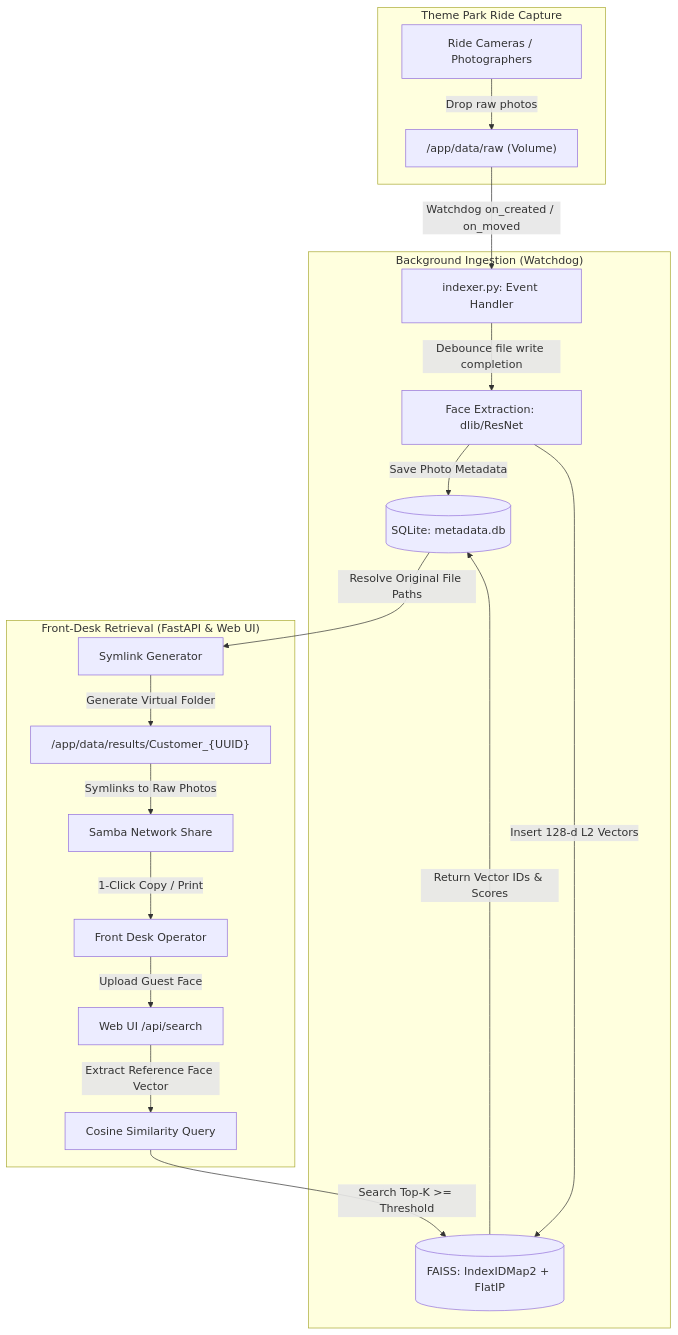
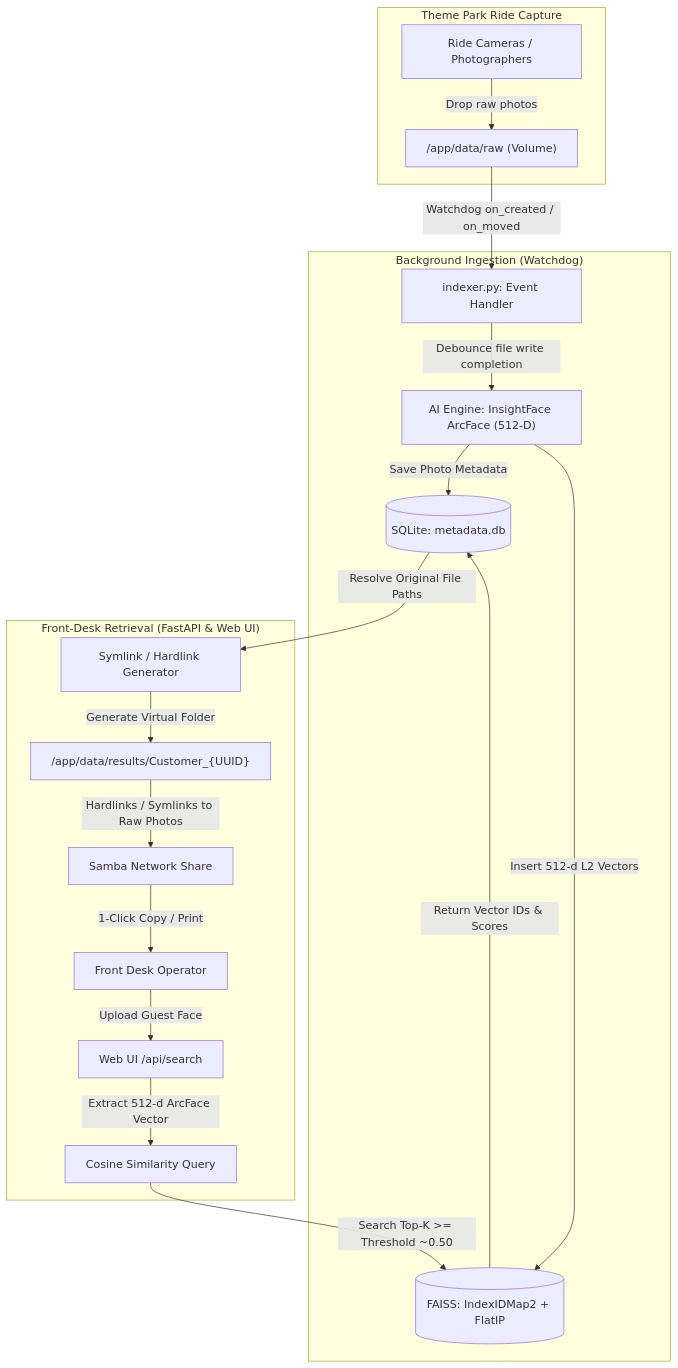
One commit to herdirudian/photo changed the diagram in README.md. Above: the diagram before and after it, drawn with Mermaid. The commit also changed other lines of this file and 11 other files, not shown here.

Commit message:
feat(ai-engine): upgrade mesin AI ke InsightFace / ArcFace (512-Dimensi ONNX Runtime)

````diff
--- a/README.md
+++ b/README.md
@@ -9,24 +9,24 @@
 ```mermaid
 flowchart TD
     subgraph "Theme Park Ride Capture"
         A[Ride Cameras / Photographers] -->|Drop raw photos| B["/app/data/raw (Volume)"]
     end
 
     subgraph "Background Ingestion (Watchdog)"
         B -->|Watchdog on_created / on_moved| C[indexer.py: Event Handler]
-        C -->|Debounce file write completion| D[Face Extraction: dlib/ResNet]
+        C -->|Debounce file write completion| D["AI Engine: InsightFace ArcFace (512-D)"]
         D -->|Save Photo Metadata| E[(SQLite: metadata.db)]
-        D -->|Insert 128-d L2 Vectors| F[(FAISS: IndexIDMap2 + FlatIP)]
+        D -->|Insert 512-d L2 Vectors| F[(FAISS: IndexIDMap2 + FlatIP)]
     end
 
     subgraph "Front-Desk Retrieval (FastAPI & Web UI)"
         G[Front Desk Operator] -->|Upload Guest Face| H[Web UI /api/search]
-        H -->|Extract Reference Face Vector| I[Cosine Similarity Query]
-        I -->|Search Top-K >= Threshold| F
+        H -->|Extract 512-d ArcFace Vector| I[Cosine Similarity Query]
+        I -->|Search Top-K >= Threshold ~0.50| F
         F -->|Return Vector IDs & Scores| E
-        E -->|Resolve Original File Paths| J[Symlink Generator]
+        E -->|Resolve Original File Paths| J[Symlink / Hardlink Generator]
         J -->|Generate Virtual Folder| K["/app/data/results/Customer_{UUID}"]
-        K -->|Symlinks to Raw Photos| L[Samba Network Share]
+        K -->|Hardlinks / Symlinks to Raw Photos| L[Samba Network Share]
         L -->|1-Click Copy / Print| G
     end
 ```
````
